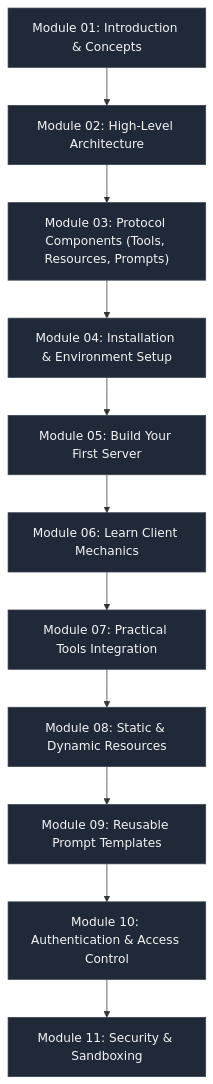
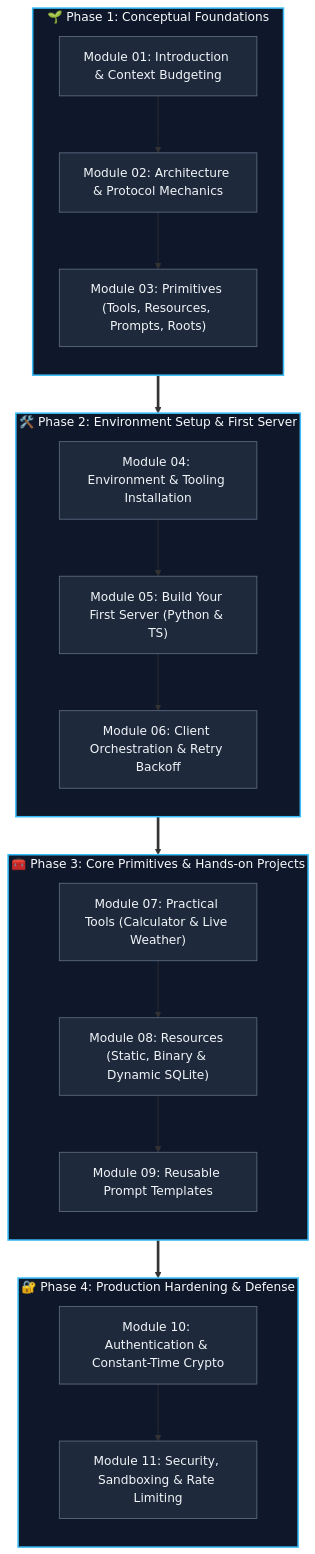
Before and after one commit to swapnil3104/Model-Context-Protocol-Learning-Path: the diagram in README.md, drawn with Mermaid. The commit also changed other lines of this file and 68 other files, not shown here.

Commit message:
feat: redesign README with banner, text animation, roadmap, and complete curriculum updates

````diff
--- a/README.md
+++ b/README.md
@@ -37,16 +101,40 @@
 ```mermaid
 flowchart TD
-    M1["Module 01: Introduction & Concepts"] --> M2["Module 02: High-Level Architecture"]
-    M2 --> M3["Module 03: Protocol Components (Tools, Resources, Prompts)"]
-    M3 --> M4["Module 04: Installation & Environment Setup"]
-    M4 --> M5["Module 05: Build Your First Server"]
-    M5 --> M6["Module 06: Learn Client Mechanics"]
-    M6 --> M7["Module 07: Practical Tools Integration"]
-    M7 --> M8["Module 08: Static & Dynamic Resources"]
-    M8 --> M9["Module 09: Reusable Prompt Templates"]
-    M9 --> M10["Module 10: Authentication & Access Control"]
-    M10 --> M11["Module 11: Security & Sandboxing"]
+    subgraph ST1["🌱 Phase 1: Conceptual Foundations"]
+        direction TB
+        M1["Module 01: Introduction & Context Budgeting"]
+        M2["Module 02: Architecture & Protocol Mechanics"]
+        M3["Module 03: Primitives (Tools, Resources, Prompts, Roots)"]
+        M1 --> M2 --> M3
+    end
 
-    classDef default fill:#1f2937,stroke:#374151,color:#f3f4f6;
-    class M1,M2,M3,M4,M5,M6,M7,M8,M9,M10,M11 default;
+    subgraph ST2["🛠️ Phase 2: Environment Setup & First Server"]
+        direction TB
+        M4["Module 04: Environment & Tooling Installation"]
+        M5["Module 05: Build Your First Server (Python & TS)"]
+        M6["Module 06: Client Orchestration & Retry Backoff"]
+        M4 --> M5 --> M6
+    end
+
+    subgraph ST3["🧰 Phase 3: Core Primitives & Hands-on Projects"]
+        direction TB
+        M7["Module 07: Practical Tools (Calculator & Live Weather)"]
+        M8["Module 08: Resources (Static, Binary & Dynamic SQLite)"]
+        M9["Module 09: Reusable Prompt Templates"]
+        M7 --> M8 --> M9
+    end
+
+    subgraph ST4["🔐 Phase 4: Production Hardening & Defense"]
+        direction TB
+        M10["Module 10: Authentication & Constant-Time Crypto"]
+        M11["Module 11: Security, Sandboxing & Rate Limiting"]
+        M10 --> M11
+    end
+
+    ST1 ==> ST2 ==> ST3 ==> ST4
+
+    classDef stage fill:#0f172a,stroke:#38bdf8,stroke-width:2px,color:#f8fafc;
+    classDef item fill:#1e293b,stroke:#64748b,stroke-width:1px,color:#f1f5f9;
+    class ST1,ST2,ST3,ST4 stage;
+    class M1,M2,M3,M4,M5,M6,M7,M8,M9,M10,M11 item;
 ```
````
